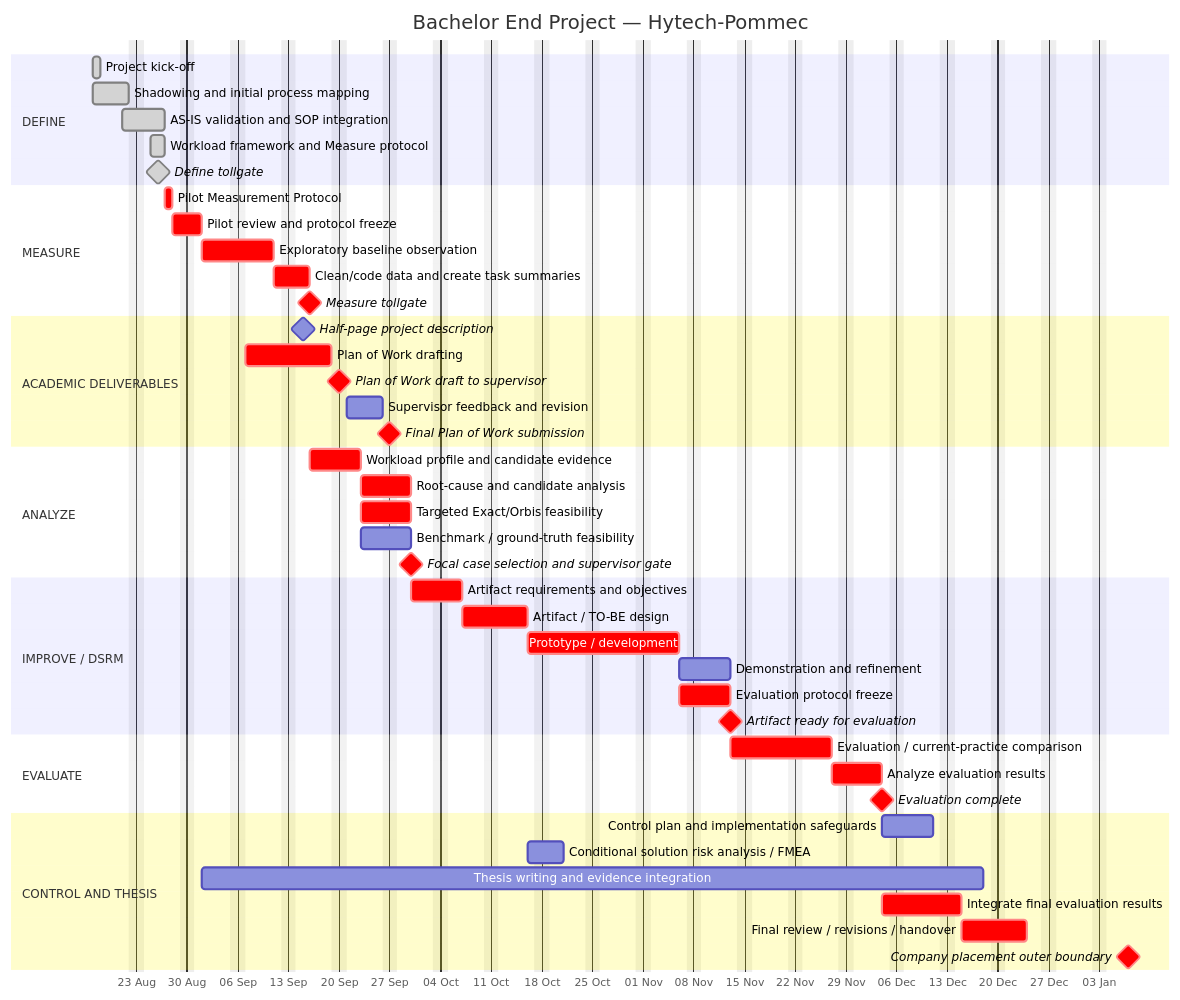
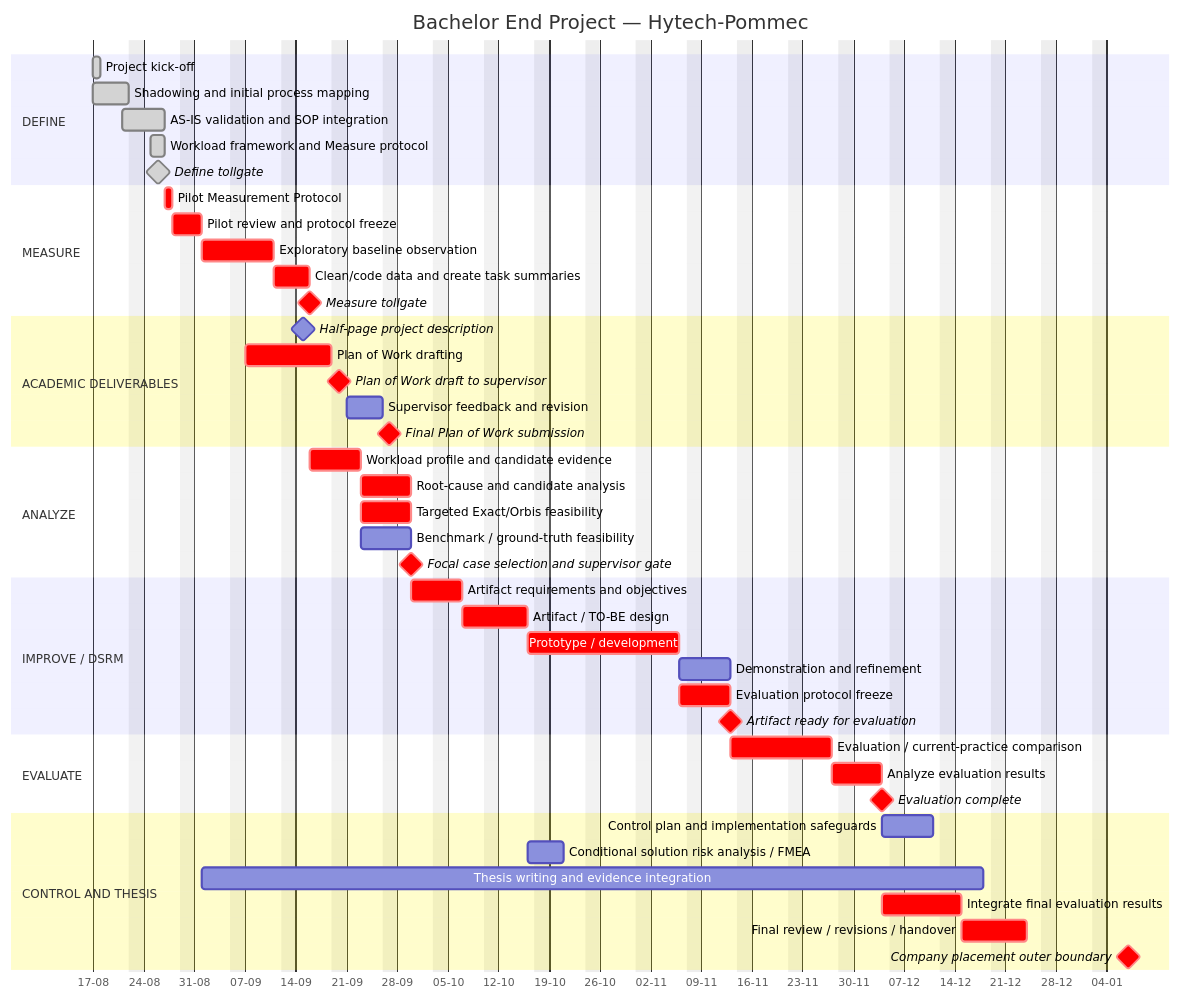
Before and after one commit to Luuuuuig/Bachelor-End-Project: the diagram in docs/Project_Timeline.md, drawn with Mermaid. The commit also changed other lines of this file, not shown here.

Commit message:
Fix Gantt axis rendering and clarify Lucid limitations

````diff
--- a/docs/Project_Timeline.md
+++ b/docs/Project_Timeline.md
@@ -24,56 +24,58 @@
 ```mermaid
 gantt
     title Bachelor End Project — Hytech-Pommec
     dateFormat  YYYY-MM-DD
-    axisFormat  %d %b
+    axisFormat  %d-%m
+    tickInterval 1week
+    weekday monday
     excludes    weekends
 
     section DEFINE
     Project kick-off                         :done, d1, 2026-08-17, 1d
     Shadowing and initial process mapping    :done, d2, 2026-08-17, 5d
     AS-IS validation and SOP integration     :done, d3, 2026-08-21, 4d
     Workload framework and Measure protocol  :done, d4, 2026-08-25, 2d
     Define tollgate                          :milestone, done, dm, 2026-08-26, 0d
 
     section MEASURE
     Pilot Measurement Protocol               :crit, m1, 2026-08-27, 1d
-    Pilot review and protocol freeze          :crit, m2, after m1, 2d
-    Exploratory baseline observation          :crit, m3, after m2, 8d
-    Clean/code data and create task summaries :crit, m4, after m3, 3d
-    Measure tollgate                          :milestone, crit, mm, after m4, 0d
+    Pilot review and protocol freeze         :crit, m2, after m1, 2d
+    Exploratory baseline observation         :crit, m3, after m2, 8d
+    Clean/code data and create task summaries:crit, m4, after m3, 3d
+    Measure tollgate                         :milestone, crit, mm, after m4, 0d
 
     section ACADEMIC DELIVERABLES
-    Half-page project description             :milestone, ad1, 2026-09-15, 0d
-    Plan of Work drafting                     :crit, ad2, 2026-09-07, 10d
-    Plan of Work draft to supervisor          :milestone, crit, ad3, 2026-09-20, 0d
-    Supervisor feedback and revision          :ad4, 2026-09-21, 5d
-    Final Plan of Work submission             :milestone, crit, ad5, 2026-09-27, 0d
+    Half-page project description            :milestone, ad1, 2026-09-15, 0d
+    Plan of Work drafting                    :crit, ad2, 2026-09-07, 10d
+    Plan of Work draft to supervisor         :milestone, crit, ad3, 2026-09-20, 0d
+    Supervisor feedback and revision         :ad4, 2026-09-21, 5d
+    Final Plan of Work submission            :milestone, crit, ad5, 2026-09-27, 0d
 
     section ANALYZE
-    Workload profile and candidate evidence   :crit, a1, after m4, 5d
-    Root-cause and candidate analysis          :crit, a2, after a1, 5d
-    Targeted Exact/Orbis feasibility           :crit, a3, after a1, 5d
-    Benchmark / ground-truth feasibility       :a4, after a1, 5d
-    Focal case selection and supervisor gate   :milestone, crit, a5, after a2 a3 a4, 0d
+    Workload profile and candidate evidence  :crit, a1, after m4, 5d
+    Root-cause and candidate analysis        :crit, a2, after a1, 5d
+    Targeted Exact/Orbis feasibility         :crit, a3, after a1, 5d
+    Benchmark / ground-truth feasibility     :a4, after a1, 5d
+    Focal case selection and supervisor gate :milestone, crit, a5, after a2 a3 a4, 0d
 
     section IMPROVE / DSRM
-    Artifact requirements and objectives       :crit, i1, after a5, 5d
-    Artifact / TO-BE design                    :crit, i2, after i1, 7d
-    Prototype / development                    :crit, i3, after i2, 15d
-    Demonstration and refinement               :i4, after i3, 5d
-    Evaluation protocol freeze                 :crit, i5, after i3, 5d
-    Artifact ready for evaluation              :milestone, crit, i6, after i4 i5, 0d
+    Artifact requirements and objectives     :crit, i1, after a5, 5d
+    Artifact / TO-BE design                  :crit, i2, after i1, 7d
+    Prototype / development                  :crit, i3, after i2, 15d
+    Demonstration and refinement             :i4, after i3, 5d
+    Evaluation protocol freeze               :crit, i5, after i3, 5d
+    Artifact ready for evaluation            :milestone, crit, i6, after i4 i5, 0d
 
     section EVALUATE
-    Evaluation / current-practice comparison   :crit, e1, after i6, 10d
-    Analyze evaluation results                 :crit, e2, after e1, 5d
-    Evaluation complete                        :milestone, crit, e3, after e2, 0d
+    Evaluation / current-practice comparison :crit, e1, after i6, 10d
+    Analyze evaluation results               :crit, e2, after e1, 5d
+    Evaluation complete                      :milestone, crit, e3, after e2, 0d
 
     section CONTROL AND THESIS
-    Control plan and implementation safeguards :c1, after e2, 5d
-    Conditional solution risk analysis / FMEA  :c2, after i2, 3d
-    Thesis writing and evidence integration    :t1, 2026-09-01, 2026-12-18
-    Integrate final evaluation results         :crit, t2, after e2, 7d
-    Final review / revisions / handover         :crit, t3, after t2, 7d
-    Company placement outer boundary           :milestone, crit, t4, 2027-01-07, 0d
+    Control plan and implementation safeguards:c1, after e2, 5d
+    Conditional solution risk analysis / FMEA:c2, after i2, 3d
+    Thesis writing and evidence integration  :t1, 2026-09-01, 2026-12-18
+    Integrate final evaluation results        :crit, t2, after e2, 7d
+    Final review / revisions / handover       :crit, t3, after t2, 7d
+    Company placement outer boundary          :milestone, crit, t4, 2027-01-07, 0d
 ```
````
